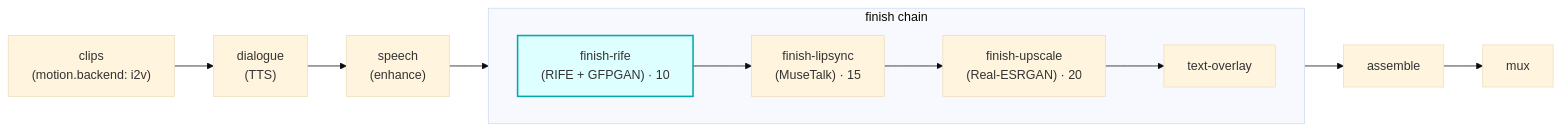
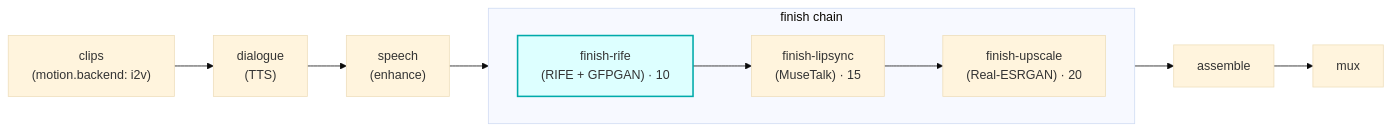
Before and after one commit to skyphusion-labs/vivijure: the diagram in modules/finish-rife/README.md, drawn with Mermaid (base theme). The commit also changed 23 other files, not shown here.

First line of the commit message:
chore(modules): retire the dead text-overlay finish module (#769)

````diff
--- a/modules/finish-rife/README.md
+++ b/modules/finish-rife/README.md
@@ -12,20 +12,19 @@
 ```mermaid
 flowchart LR
   clips["clips<br/>(motion.backend: i2v)"]
   dlg["dialogue<br/>(TTS)"]
   sp["speech<br/>(enhance)"]
   subgraph finish["finish chain"]
     direction LR
     rife["finish-rife<br/>(RIFE + GFPGAN) · 10"]
     ls["finish-lipsync<br/>(MuseTalk) · 15"]
     up["finish-upscale<br/>(Real-ESRGAN) · 20"]
-    ov["text-overlay"]
   end
   asm["assemble"]
   mux["mux"]
 
   clips --> dlg --> sp --> rife
-  rife --> ls --> up --> ov --> asm --> mux
+  rife --> ls --> up --> asm --> mux
 
   style rife fill:#dff,stroke:#0aa,stroke-width:2px
 ```
````
